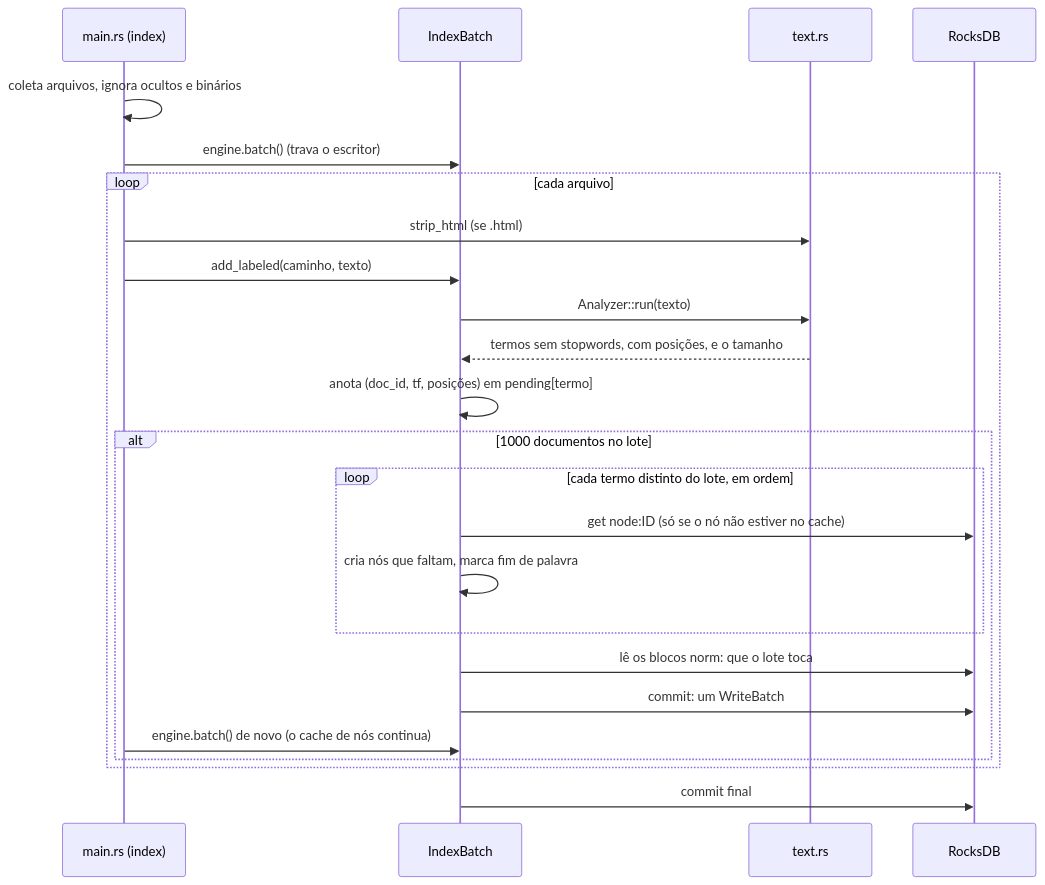
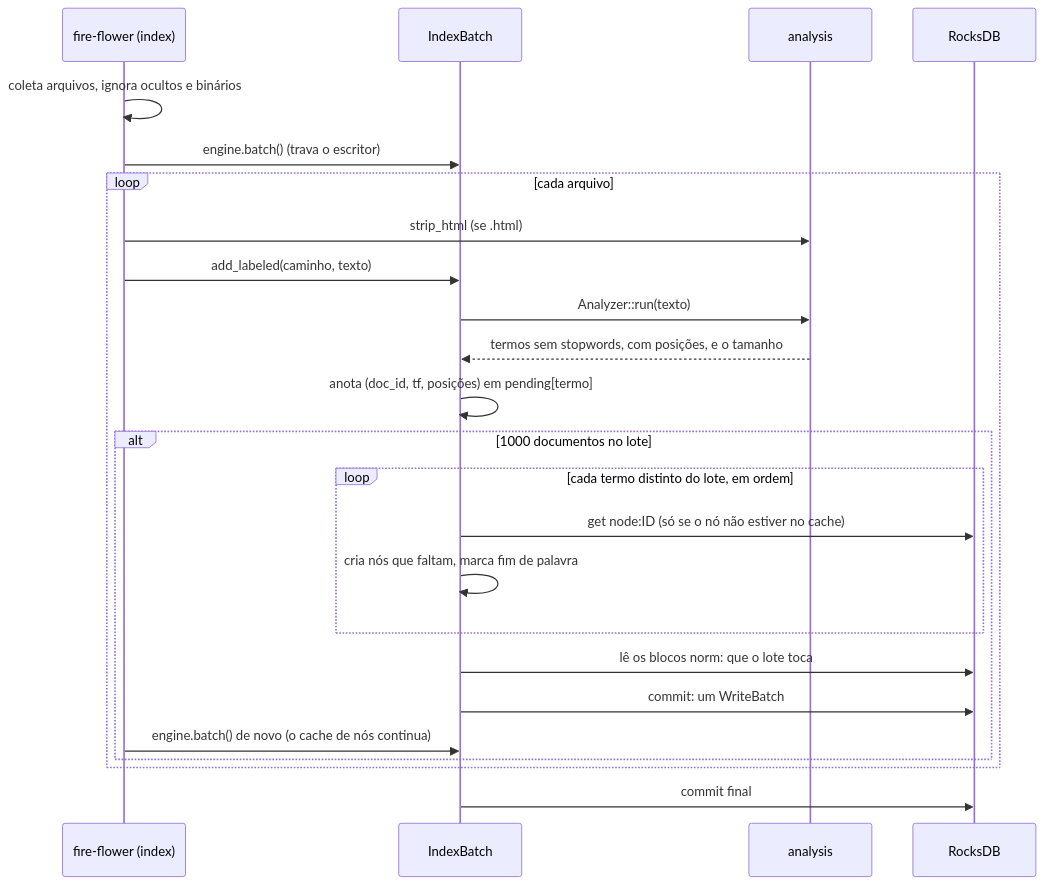
One commit to evertondays/fire-flower changed the sixth of 9 diagrams in docs/como-funciona.md. Above: the diagram before and after it, drawn with Mermaid. The commit also changed other lines of this file and 3 other files, not shown here.

````diff
--- a/docs/como-funciona.md
+++ b/docs/como-funciona.md
@@ -415,27 +415,27 @@
 ```mermaid
 sequenceDiagram
-    participant CLI as main.rs (index)
+    participant CLI as fire-flower (index)
     participant B as IndexBatch
-    participant T as text.rs
+    participant T as analysis
     participant DB as RocksDB
 
     CLI->>CLI: coleta arquivos, ignora ocultos e binários
     CLI->>B: engine.batch() (trava o escritor)
     loop cada arquivo
         CLI->>T: strip_html (se .html)
         CLI->>B: add_labeled(caminho, texto)
         B->>T: Analyzer::run(texto)
         T-->>B: termos sem stopwords, com posições, e o tamanho
         B->>B: anota (doc_id, tf, posições) em pending[termo]
         alt 1000 documentos no lote
             loop cada termo distinto do lote, em ordem
                 B->>DB: get node:ID (só se o nó não estiver no cache)
                 B->>B: cria nós que faltam, marca fim de palavra
             end
             B->>DB: lê os blocos norm: que o lote toca
             B->>DB: commit: um WriteBatch
             CLI->>B: engine.batch() de novo (o cache de nós continua)
         end
     end
     B->>DB: commit final
 ```
````
